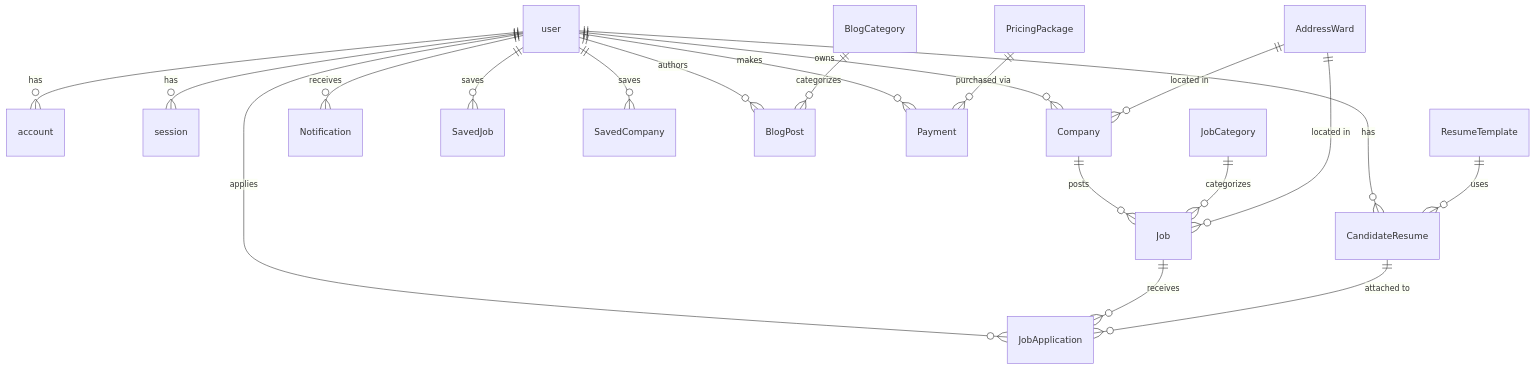
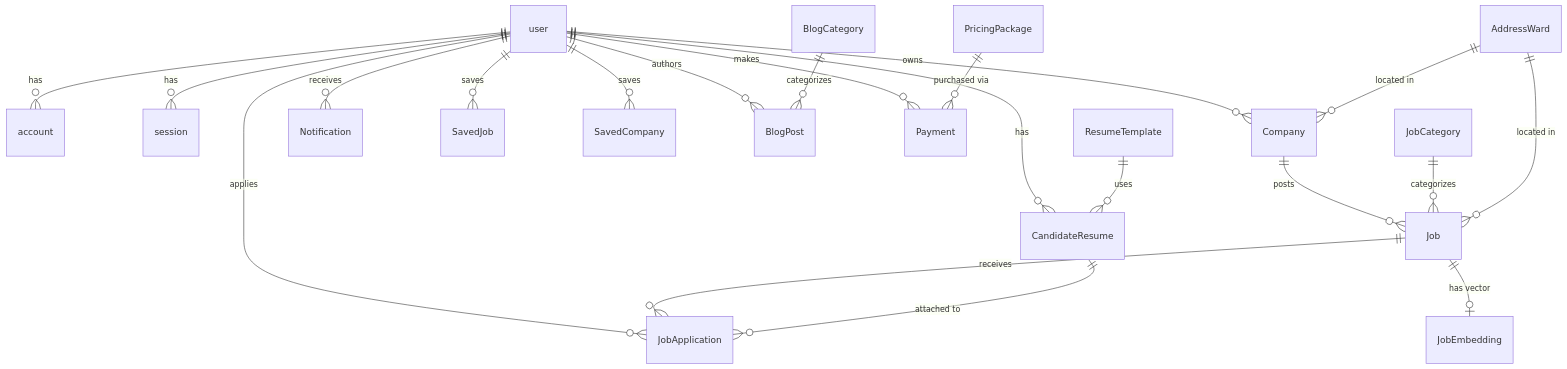
Diagram 27 of 27 in TEAM_FE_DOCUMENT.md (Hieuej147/job-PhuQuoc), drawn with Mermaid before and after one commit. The commit also changed other lines of this file and 48 other files, not shown here.

Commit message:
fix: fix auth flow log-in, sign-up

````diff
--- a/TEAM_FE_DOCUMENT.md
+++ b/TEAM_FE_DOCUMENT.md
@@ -783,23 +790,24 @@
 ```mermaid
 erDiagram
     user ||--o{ account : "has"
     user ||--o{ session : "has"
     user ||--o{ Company : "owns"
     user ||--o{ JobApplication : "applies"
     user ||--o{ CandidateResume : "has"
     user ||--o{ Notification : "receives"
     user ||--o{ SavedJob : "saves"
     user ||--o{ SavedCompany : "saves"
     user ||--o{ BlogPost : "authors"
     user ||--o{ Payment : "makes"
 
     Company ||--o{ Job : "posts"
     Job ||--o{ JobApplication : "receives"
+    Job ||--o| JobEmbedding : "has vector"
     JobCategory ||--o{ Job : "categorizes"
     AddressWard ||--o{ Company : "located in"
     AddressWard ||--o{ Job : "located in"
     CandidateResume ||--o{ JobApplication : "attached to"
     ResumeTemplate ||--o{ CandidateResume : "uses"
     BlogCategory ||--o{ BlogPost : "categorizes"
     PricingPackage ||--o{ Payment : "purchased via"
 ```
````
